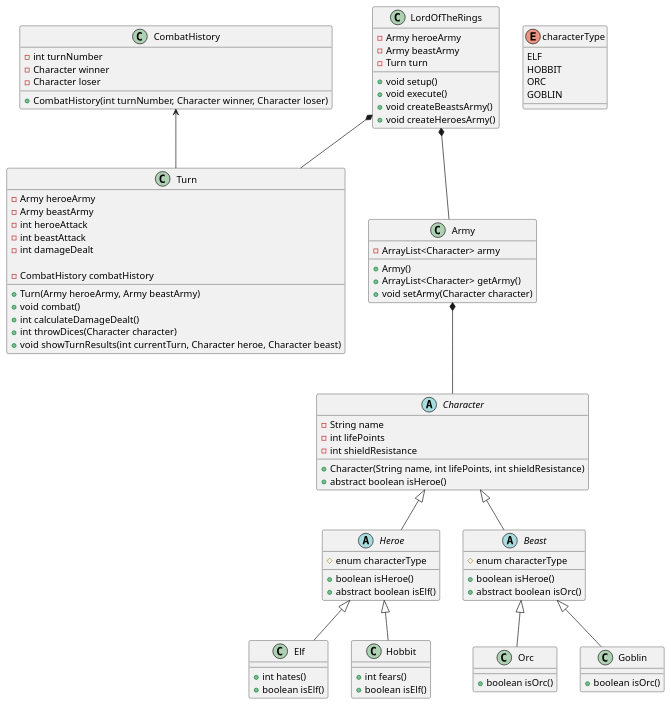
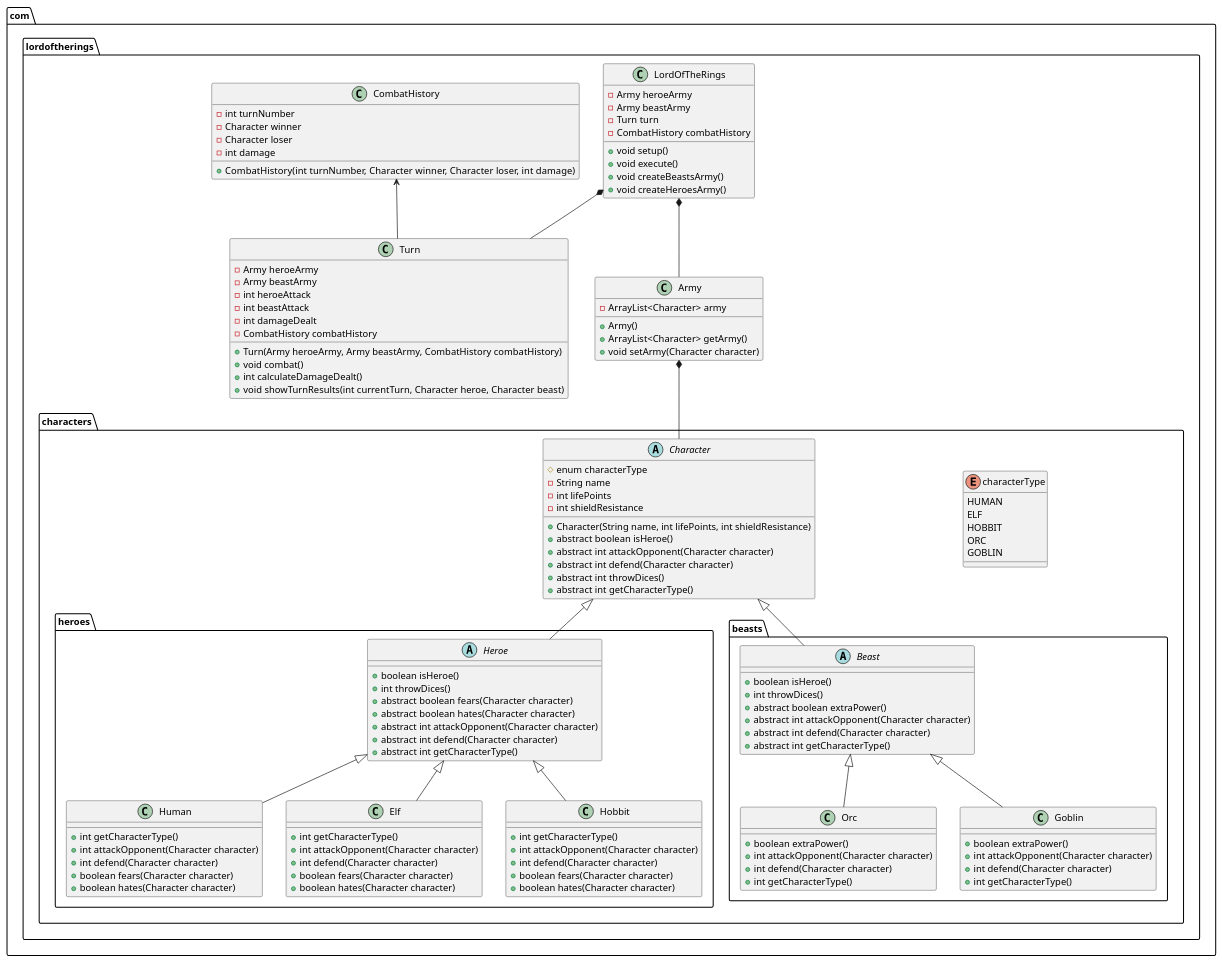
Before and after one commit to daniel-Lopez-telus/LordOfTheRings: the diagram in docs/ClassDiagram.puml, drawn with PlantUML.

Commit message:
Update: class diagram

```diff
--- a/docs/ClassDiagram.puml
+++ b/docs/ClassDiagram.puml
@@ -1,107 +1,150 @@
 @startuml LordOfTheRings
 
-class LordOfTheRings{
-    -Army heroeArmy
-    -Army beastArmy
-    -Turn turn
+package com.lordoftherings{
+    class LordOfTheRings{
+        -Army heroeArmy
+        -Army beastArmy
+        -Turn turn
+        -CombatHistory combatHistory
 
-    +void setup()
-    +void execute()
-    +void createBeastsArmy()
-    +void createHeroesArmy()
-}
+        +void setup()
+        +void execute()
+        +void createBeastsArmy()
+        +void createHeroesArmy()
+    }
 
-class Turn{
-    -Army heroeArmy
-    -Army beastArmy
-    -int heroeAttack
-    -int beastAttack
-    -int damageDealt
+    class Turn{
+        -Army heroeArmy
+        -Army beastArmy
+        -int heroeAttack
+        -int beastAttack
+        -int damageDealt
+        -CombatHistory combatHistory
 
-    +Turn(Army heroeArmy, Army beastArmy)
-    -CombatHistory combatHistory
-    +void combat()
-    +int calculateDamageDealt()
-    +int throwDices(Character character)
-    +void showTurnResults(int currentTurn, Character heroe, Character beast)
-}
+        +Turn(Army heroeArmy, Army beastArmy, CombatHistory combatHistory)
+        +void combat()
+        +int calculateDamageDealt()
+        +void showTurnResults(int currentTurn, Character heroe, Character beast)
+    }
 
-class CombatHistory{
-    -int turnNumber
-    -Character winner
-    -Character loser
+    class CombatHistory{
+        -int turnNumber
+        -Character winner
+        -Character loser
+        -int damage
 
-    +CombatHistory(int turnNumber, Character winner, Character loser)
-}
+        +CombatHistory(int turnNumber, Character winner, Character loser, int damage)
+    }
 
-class Army{
-    -ArrayList<Character> army
+    package characters{
+        enum characterType{
+            HUMAN
+            ELF
+            HOBBIT
+            ORC
+            GOBLIN
+        }
 
-    +Army()
-    +ArrayList<Character> getArmy()
-    +void setArmy(Character character)
-}
+        abstract class Character{
+            #enum characterType
+            -String name
+            -int lifePoints
+            -int shieldResistance
 
-abstract class Character{
-    -String name
-    -int lifePoints
-    -int shieldResistance
+            +Character(String name, int lifePoints, int shieldResistance)
+            +abstract boolean isHeroe()
+            +abstract int attackOpponent(Character character)
+            +abstract int defend(Character character)
+            +abstract int throwDices()
+            +abstract int getCharacterType()
+        }
 
-    +Character(String name, int lifePoints, int shieldResistance)
-    +abstract boolean isHeroe()
-}
+        package heroes{
+            abstract class Heroe{
+                +boolean isHeroe()
+                +int throwDices()
+                +abstract boolean fears(Character character)
+                +abstract boolean hates(Character character)
+                +abstract int attackOpponent(Character character)
+                +abstract int defend(Character character)
+                +abstract int getCharacterType()
+            }
 
-abstract class Heroe{
-    #enum characterType
-    +boolean isHeroe()
-    +abstract boolean isElf()
-}
+            class Human{            
+                +int getCharacterType()
+                +int attackOpponent(Character character)
+                +int defend(Character character)
+                +boolean fears(Character character)
+                +boolean hates(Character character)
+            }
 
-enum characterType{
-    ELF
-    HOBBIT
-    ORC
-    GOBLIN
-}
+            class Elf{
+                +int getCharacterType()
+                +int attackOpponent(Character character)
+                +int defend(Character character)
+                +boolean fears(Character character)
+                +boolean hates(Character character)
+            }
 
-class Elf{
-    +int hates()
-    +boolean isElf()
-}
+            class Hobbit{
+                +int getCharacterType()
+                +int attackOpponent(Character character)
+                +int defend(Character character)
+                +boolean fears(Character character)
+                +boolean hates(Character character)
+            }
+        }
 
-class Hobbit{
-    +int fears()
-    +boolean isElf()
-}
+        package beasts{
+            abstract class Beast{
+                +boolean isHeroe()
+                +int throwDices()
+                +abstract boolean extraPower()
+                +abstract int attackOpponent(Character character)
+                +abstract int defend(Character character)
+                +abstract int getCharacterType()
+            }
 
-abstract class Beast{
-    #enum characterType
-    +boolean isHeroe()
-    +abstract boolean isOrc()
-}
+            class Orc{
+                +boolean extraPower()
+                +int attackOpponent(Character character)
+                +int defend(Character character)
+                +int getCharacterType()
+            }
 
-class Orc{
-    +boolean isOrc()
-}
+            class Goblin{
+                +boolean extraPower()
+                +int attackOpponent(Character character)
+                +int defend(Character character)
+                +int getCharacterType()
+            }
+        }
+    }
 
-class Goblin{
-    +boolean isOrc()
+    class Army{
+        -ArrayList<Character> army
+
+        +Army()
+        +ArrayList<Character> getArmy()
+        +void setArmy(Character character)
+    }
 }
 
 LordOfTheRings *-- Turn
 LordOfTheRings *-- Army
 
 Army *-- Character
 
 Character <|-- Heroe
 Character <|-- Beast
 
+Heroe <|-- Human
 Heroe <|-- Elf
 Heroe <|-- Hobbit
 
 Beast <|-- Orc
 Beast <|-- Goblin
 
 CombatHistory <-- Turn
 
 @enduml
```
